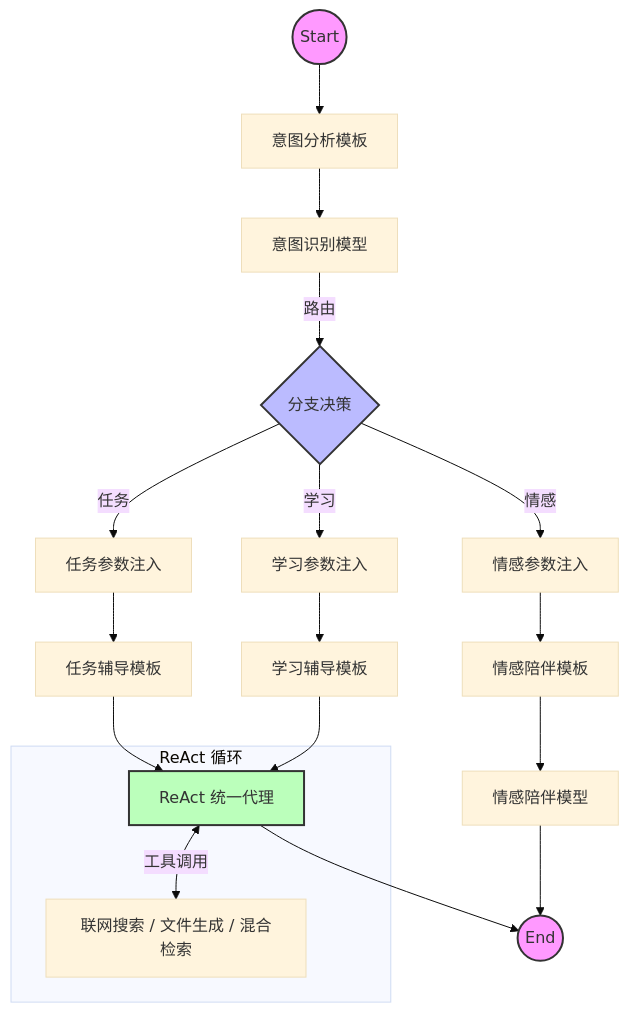
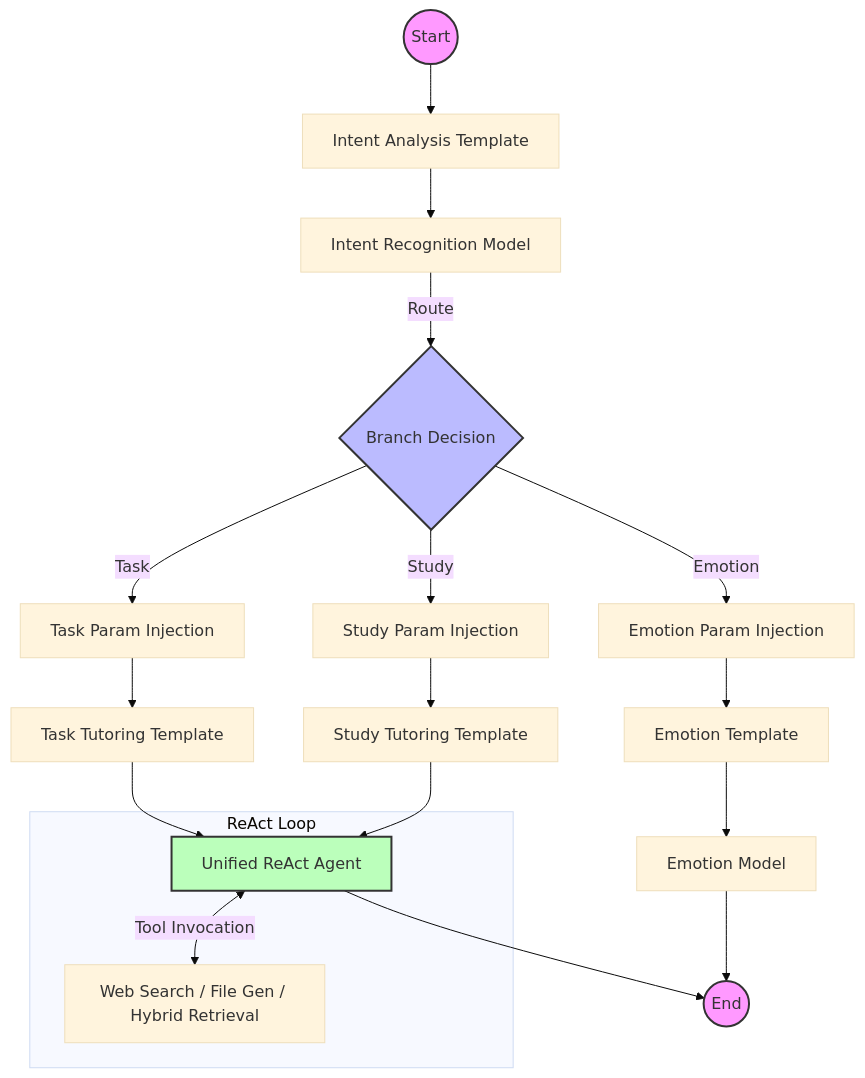
One commit to VH992098059/StudyCoach changed the diagram in README.md. Above: the diagram before and after it, drawn with Mermaid (base theme). The commit also changed other lines of this file and 3 other files, not shown here.

````diff
--- a/README.md
+++ b/README.md
@@ -46,34 +43,34 @@
 ```mermaid
 graph TD
-    Start(("Start")) --> AnalysisTemplate["意图分析模板"]
-    AnalysisTemplate --> AnalysisModel["意图识别模型"]
-  
-    AnalysisModel -->|"路由"| Branch{"分支决策"}
-  
-    %% 分支1: 情感陪伴
-    Branch -->|"情感"| EmotionLambda["情感参数注入"]
-    EmotionLambda --> EmotionTemplate["情感陪伴模板"]
-    EmotionTemplate --> EmotionModel["情感陪伴模型"]
+    Start(("Start")) --> AnalysisTemplate["Intent Analysis Template"]
+    AnalysisTemplate --> AnalysisModel["Intent Recognition Model"]
+    
+    AnalysisModel -->|"Route"| Branch{"Branch Decision"}
+    
+    %% Branch 1: Emotional Companionship
+    Branch -->|"Emotion"| EmotionLambda["Emotion Param Injection"]
+    EmotionLambda --> EmotionTemplate["Emotion Template"]
+    EmotionTemplate --> EmotionModel["Emotion Model"]
     EmotionModel --> End(("End"))
-  
-    %% 分支2 & 3: 任务辅导与知识学习 (ReAct)
-    Branch -->|"任务"| TaskLambda["任务参数注入"]
-    Branch -->|"学习"| StudyLambda["学习参数注入"]
-  
-    TaskLambda --> TaskTemplate["任务辅导模板"]
-    StudyLambda --> StudyTemplate["学习辅导模板"]
-  
-    TaskTemplate --> UnifiedReActAgent["ReAct 统一代理"]
+    
+    %% Branch 2 & 3: Task Tutoring & Knowledge Learning (ReAct)
+    Branch -->|"Task"| TaskLambda["Task Param Injection"]
+    Branch -->|"Study"| StudyLambda["Study Param Injection"]
+    
+    TaskLambda --> TaskTemplate["Task Tutoring Template"]
+    StudyLambda --> StudyTemplate["Study Tutoring Template"]
+    
+    TaskTemplate --> UnifiedReActAgent["Unified ReAct Agent"]
     StudyTemplate --> UnifiedReActAgent
-  
-    subgraph ReActLoop ["ReAct 循环"]
-        UnifiedReActAgent <-->|"工具调用"| Tools["联网搜索 / 文件生成 / 混合检索"]
+    
+    subgraph ReActLoop ["ReAct Loop"]
+        UnifiedReActAgent <-->|"Tool Invocation"| Tools["Web Search / File Gen / Hybrid Retrieval"]
     end
-  
+    
     UnifiedReActAgent --> End
 
     style Start fill:#f9f,stroke:#333,stroke-width:2px
     style End fill:#f9f,stroke:#333,stroke-width:2px
     style Branch fill:#bbf,stroke:#333,stroke-width:2px
     style UnifiedReActAgent fill:#bfb,stroke:#333,stroke-width:2px
 ```
````
